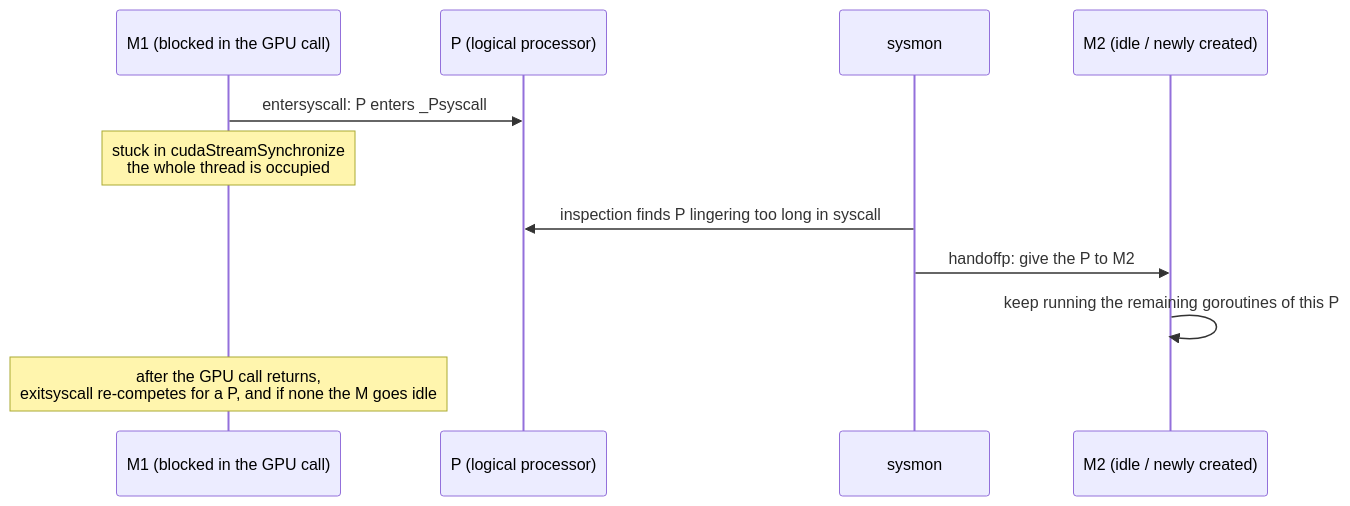
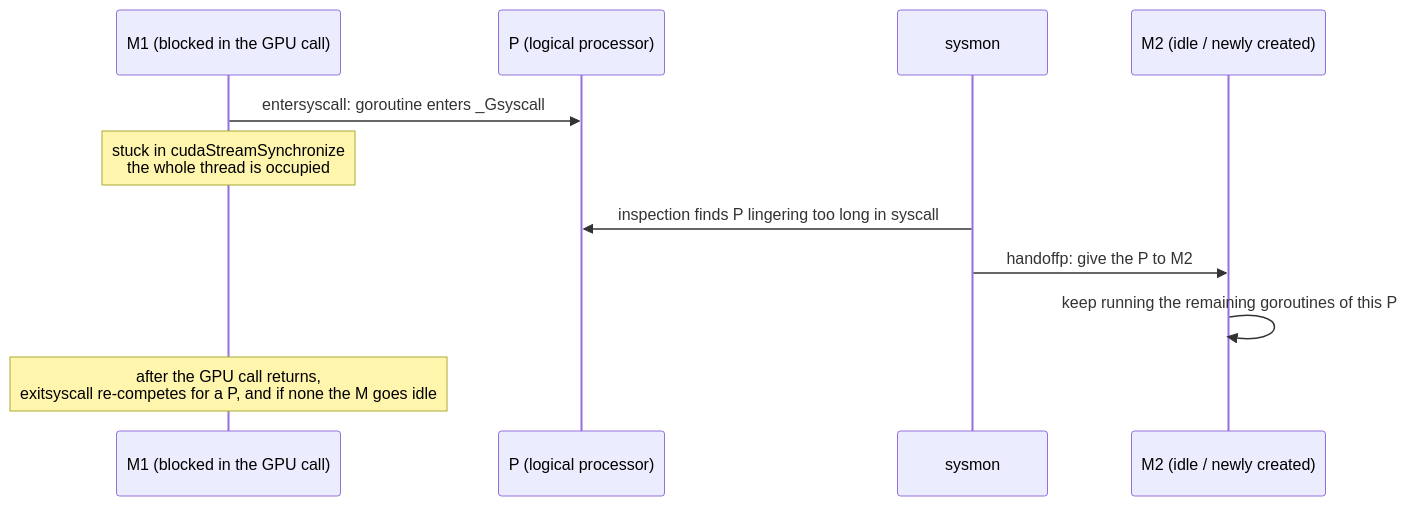
One commit to golang-design/under-the-hood changed the diagram in book/en-us/part6hetero/ch18gpu/sched.md. Above: the diagram before and after it, drawn with Mermaid. The commit also changed other lines of this file and 4 other files, not shown here.

````diff
--- a/book/en-us/part6hetero/ch18gpu/sched.md
+++ b/book/en-us/part6hetero/ch18gpu/sched.md
@@ -64,13 +71,13 @@
 ```mermaid
 sequenceDiagram
     participant M1 as M1 (blocked in the GPU call)
     participant P as P (logical processor)
     participant SM as sysmon
     participant M2 as M2 (idle / newly created)
-    M1->>P: entersyscall: P enters _Psyscall
+    M1->>P: entersyscall: goroutine enters _Gsyscall
     Note over M1: stuck in cudaStreamSynchronize<br/>the whole thread is occupied
     SM->>P: inspection finds P lingering too long in syscall
     SM->>M2: handoffp: give the P to M2
     M2->>M2: keep running the remaining goroutines of this P
     Note over M1: after the GPU call returns,<br/>exitsyscall re-competes for a P, and if none the M goes idle
 ```
````
